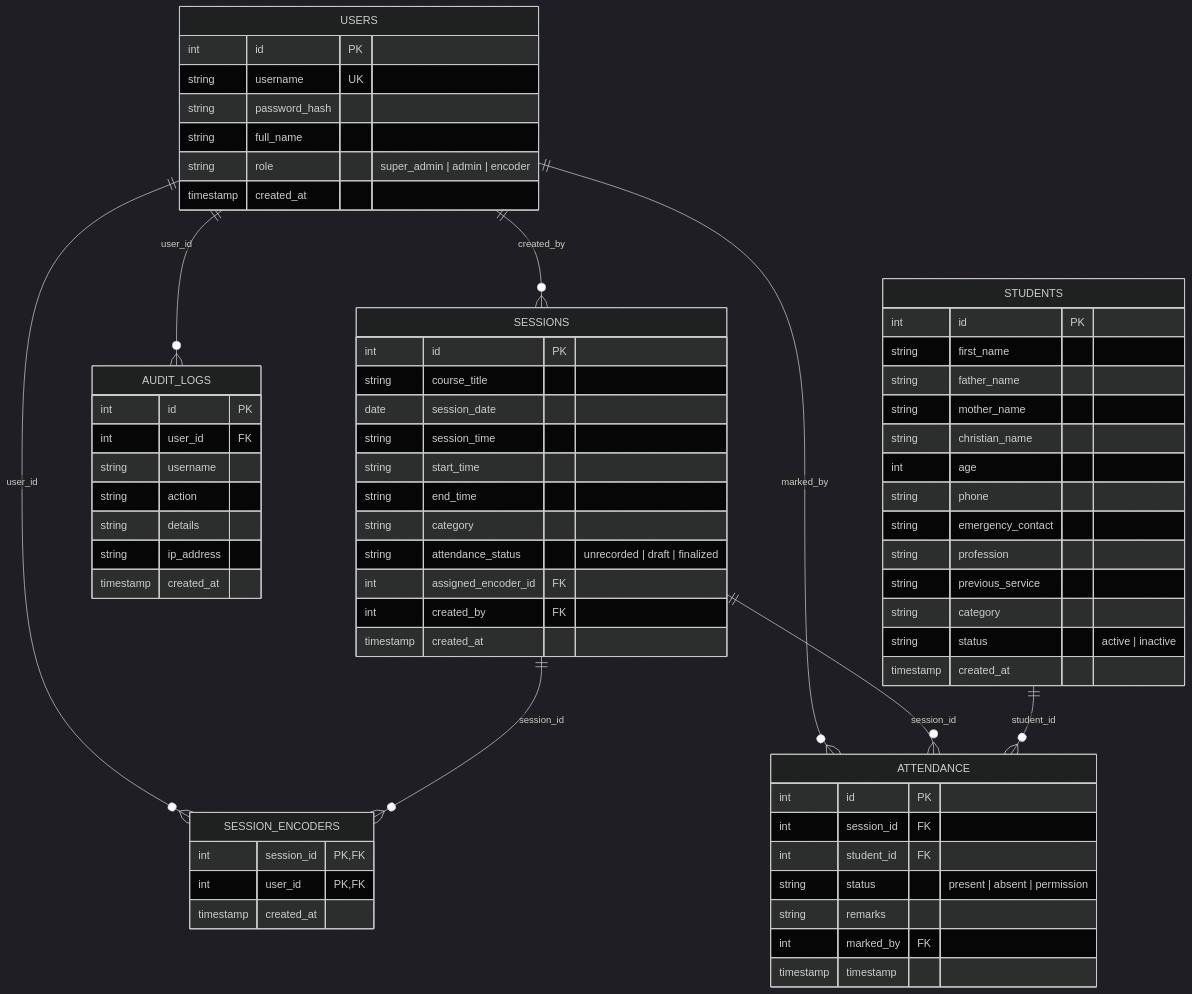
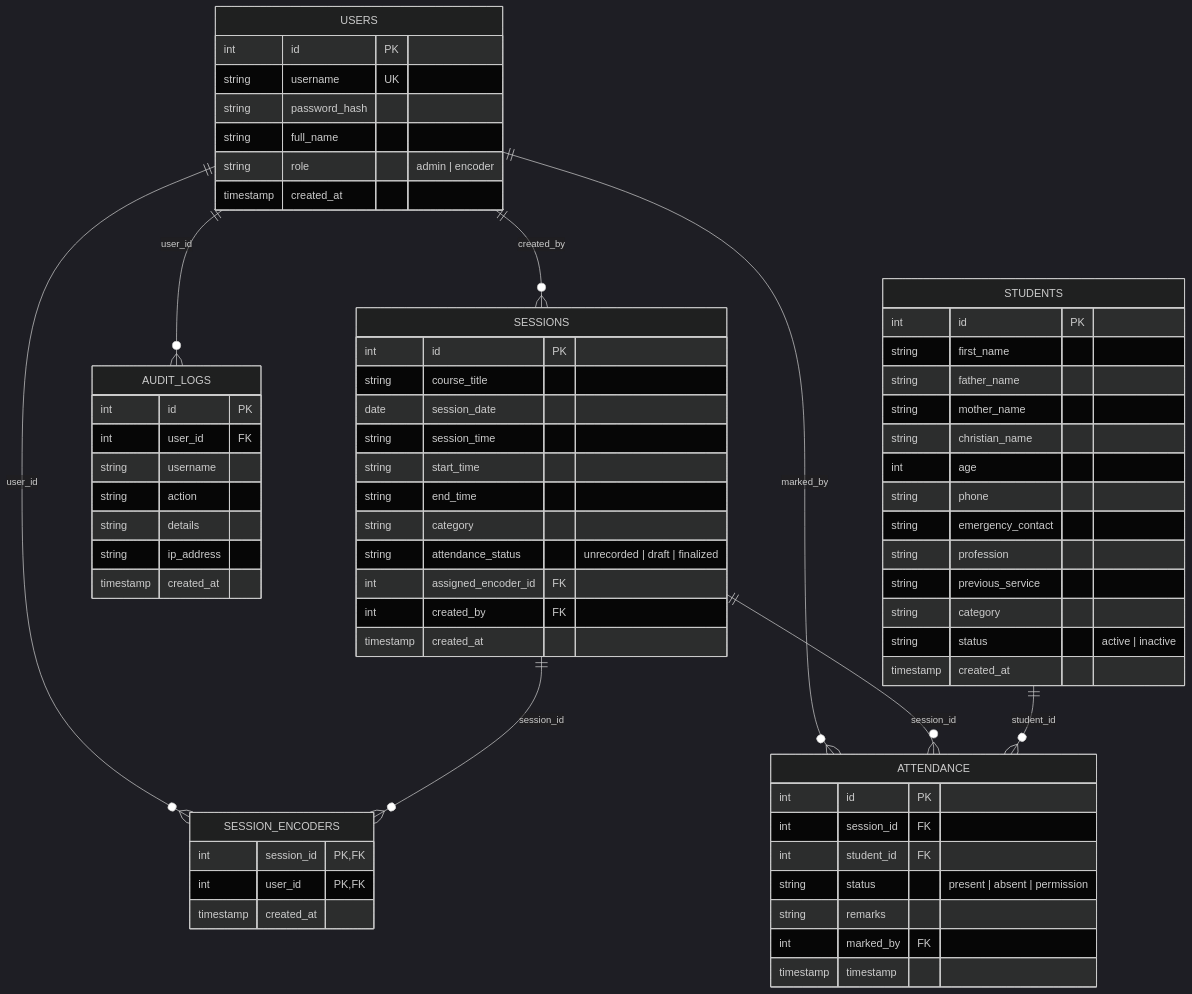
Before and after one commit to bisrat0317/sunday-school-attendance: the diagram in USER_MANUAL.md, drawn with Mermaid (dark theme). The commit also changed other lines of this file, not shown here.

````diff
--- a/USER_MANUAL.md
+++ b/USER_MANUAL.md
@@ -184,75 +174,75 @@
 ```mermaid
 erDiagram
     USERS ||--o{ SESSIONS : "created_by"
     USERS ||--o{ SESSION_ENCODERS : "user_id"
     USERS ||--o{ ATTENDANCE : "marked_by"
     USERS ||--o{ AUDIT_LOGS : "user_id"
     SESSIONS ||--o{ SESSION_ENCODERS : "session_id"
     SESSIONS ||--o{ ATTENDANCE : "session_id"
     STUDENTS ||--o{ ATTENDANCE : "student_id"
 
     USERS {
         int id PK
         string username UK
         string password_hash
         string full_name
-        string role "super_admin | admin | encoder"
+        string role "admin | encoder"
         timestamp created_at
     }
 
     STUDENTS {
         int id PK
         string first_name
         string father_name
         string mother_name
         string christian_name
         int age
         string phone
         string emergency_contact
         string profession
         string previous_service
         string category
         string status "active | inactive"
         timestamp created_at
     }
 
     SESSIONS {
         int id PK
         string course_title
         date session_date
         string session_time
         string start_time
         string end_time
         string category
         string attendance_status "unrecorded | draft | finalized"
         int assigned_encoder_id FK
         int created_by FK
         timestamp created_at
     }
 
     SESSION_ENCODERS {
         int session_id PK, FK
         int user_id PK, FK
         timestamp created_at
     }
 
     ATTENDANCE {
         int id PK
         int session_id FK
         int student_id FK
         string status "present | absent | permission"
         string remarks
         int marked_by FK
         timestamp timestamp
     }
 
     AUDIT_LOGS {
         int id PK
         int user_id FK
         string username
         string action
         string details
         string ip_address
         timestamp created_at
     }
 ```
````
